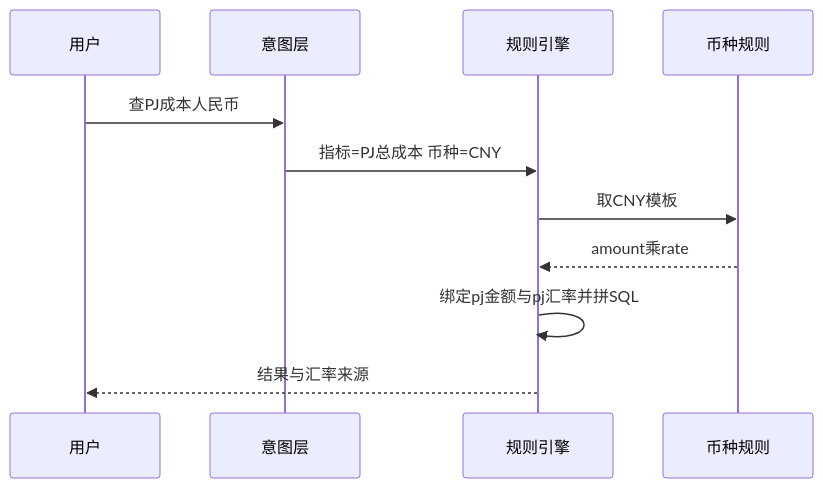
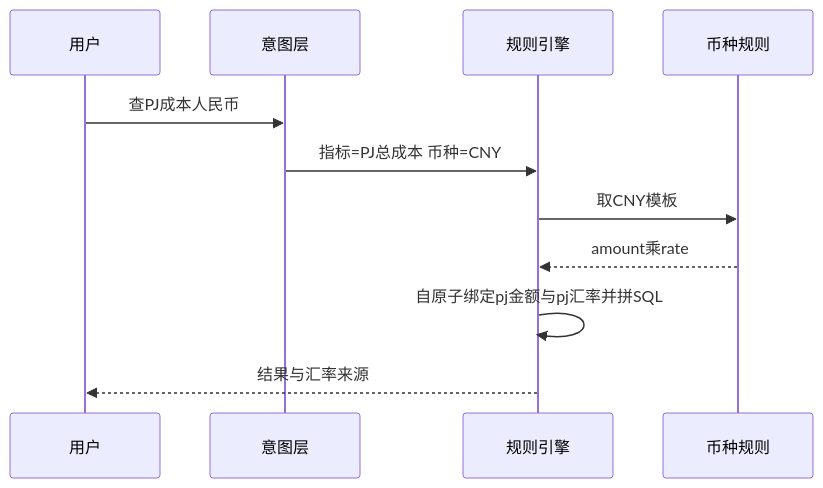
One commit to huanglin983/askdata changed the first of 2 diagrams in doc/02_计算与币种规则.md. Above: the diagram before and after it, drawn with Mermaid. The commit also changed other lines of this file and 38 other files, not shown here.

````diff
--- a/doc/02_计算与币种规则.md
+++ b/doc/02_计算与币种规则.md
@@ -46,14 +49,14 @@
 ```mermaid
 sequenceDiagram
   participant U as 用户
   participant I as 意图层
   participant E as 规则引擎
   participant R as 币种规则
 
   U->>I: 查PJ成本人民币
   I->>E: 指标=PJ总成本 币种=CNY
   E->>R: 取CNY模板
   R-->>E: amount乘rate
-  E->>E: 绑定pj金额与pj汇率并拼SQL
+  E->>E: 自原子绑定pj金额与pj汇率并拼SQL
   E-->>U: 结果与汇率来源
 ```
````
